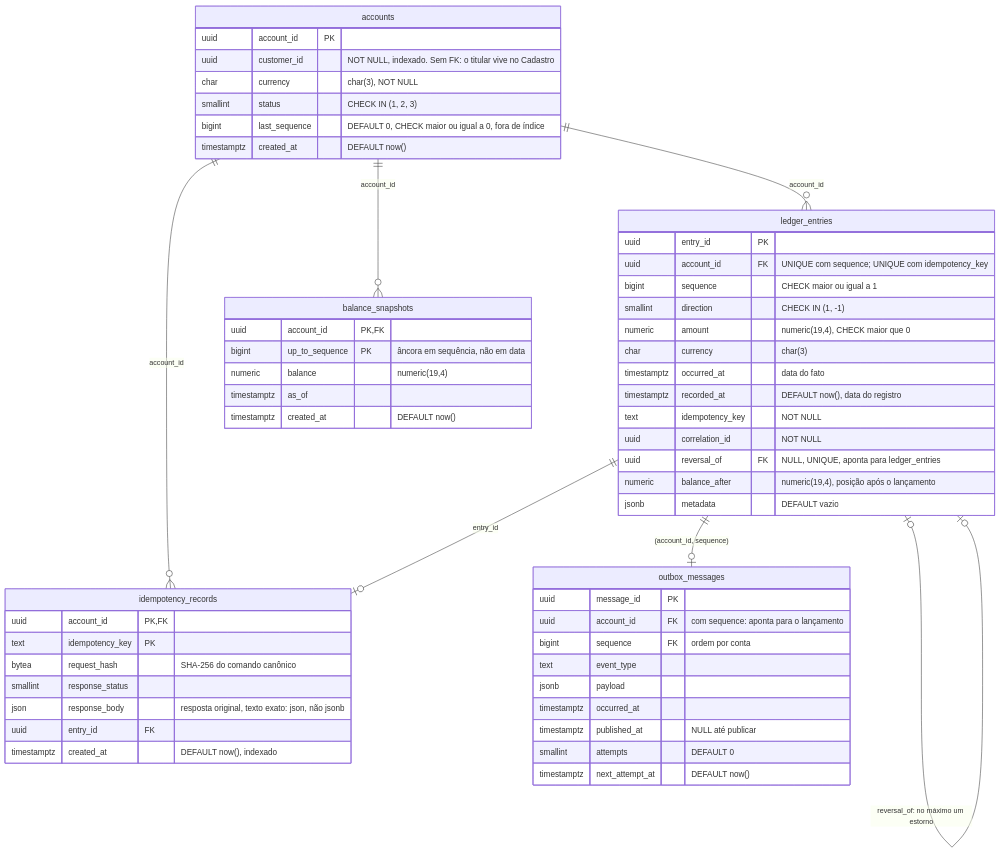
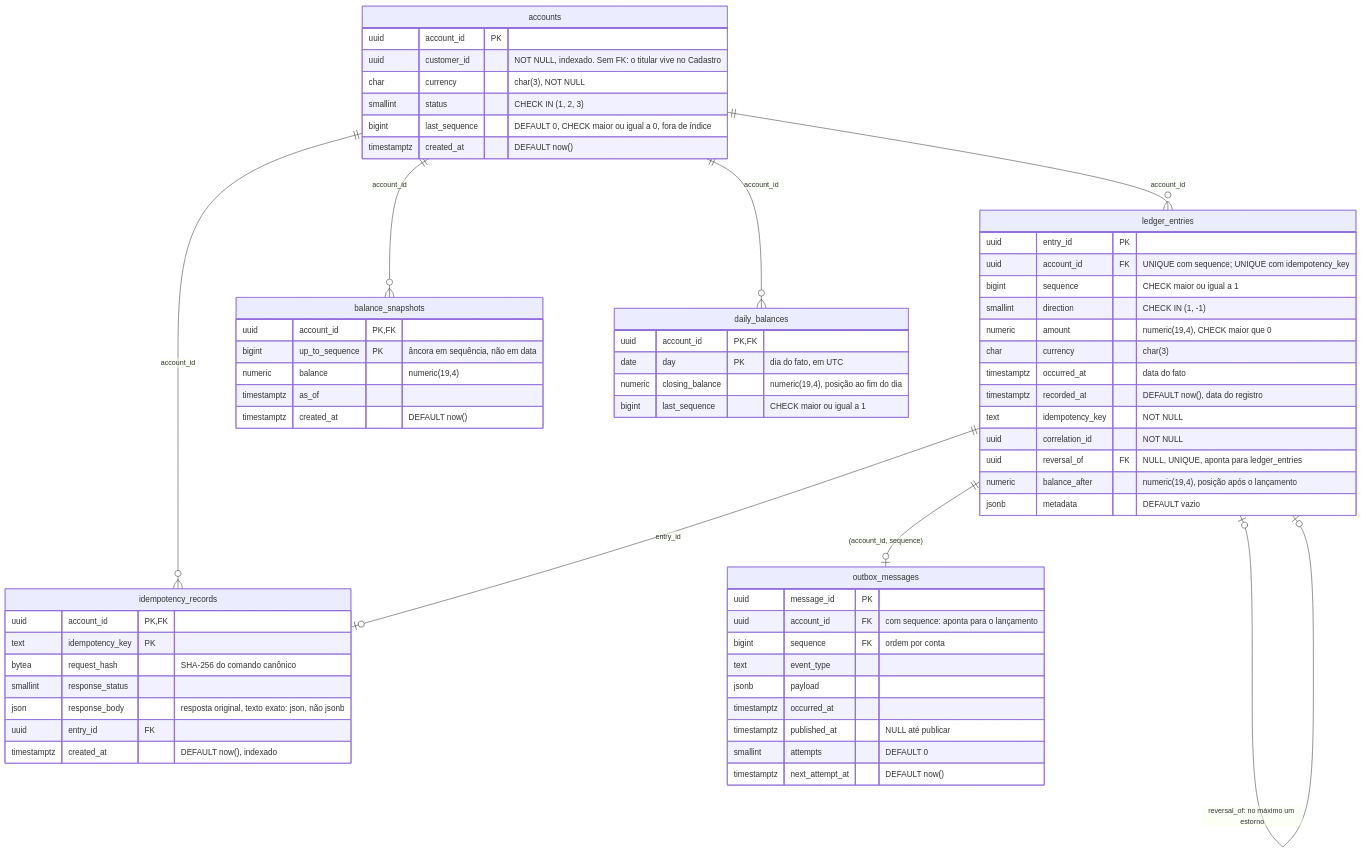
Before and after one commit to eduardojnet/PacioliBank: the diagram in docs/diagrams/ERD-esquema-ledger.md, drawn with Mermaid. The commit also changed other lines of this file and 9 other files, not shown here.

First line of the commit message:
docs: fechamento diario no ADR-0007, EF, ENF e diagramas (card 32)

````diff
--- a/docs/diagrams/ERD-esquema-ledger.md
+++ b/docs/diagrams/ERD-esquema-ledger.md
@@ -7,64 +7,72 @@
 ```mermaid
 erDiagram
     accounts ||--o{ ledger_entries : "account_id"
     accounts ||--o{ balance_snapshots : "account_id"
+    accounts ||--o{ daily_balances : "account_id"
     accounts ||--o{ idempotency_records : "account_id"
     ledger_entries ||--o| idempotency_records : "entry_id"
     ledger_entries |o--o| ledger_entries : "reversal_of: no máximo um estorno"
     ledger_entries ||--o| outbox_messages : "(account_id, sequence)"
 
     accounts {
         uuid account_id PK
         uuid customer_id "NOT NULL, indexado. Sem FK: o titular vive no Cadastro"
         char currency "char(3), NOT NULL"
         smallint status "CHECK IN (1, 2, 3)"
         bigint last_sequence "DEFAULT 0, CHECK maior ou igual a 0, fora de índice"
         timestamptz created_at "DEFAULT now()"
     }
 
     ledger_entries {
         uuid entry_id PK
         uuid account_id FK "UNIQUE com sequence; UNIQUE com idempotency_key"
         bigint sequence "CHECK maior ou igual a 1"
         smallint direction "CHECK IN (1, -1)"
         numeric amount "numeric(19,4), CHECK maior que 0"
         char currency "char(3)"
         timestamptz occurred_at "data do fato"
         timestamptz recorded_at "DEFAULT now(), data do registro"
         text idempotency_key "NOT NULL"
         uuid correlation_id "NOT NULL"
         uuid reversal_of FK "NULL, UNIQUE, aponta para ledger_entries"
         numeric balance_after "numeric(19,4), posição após o lançamento"
         jsonb metadata "DEFAULT vazio"
     }
 
     balance_snapshots {
         uuid account_id PK, FK
         bigint up_to_sequence PK "âncora em sequência, não em data"
         numeric balance "numeric(19,4)"
         timestamptz as_of
         timestamptz created_at "DEFAULT now()"
     }
 
+    daily_balances {
+        uuid account_id PK, FK
+        date day PK "dia do fato, em UTC"
+        numeric closing_balance "numeric(19,4), posição ao fim do dia"
+        bigint last_sequence "CHECK maior ou igual a 1"
+    }
+
     outbox_messages {
         uuid message_id PK
         uuid account_id FK "com sequence: aponta para o lançamento"
         bigint sequence FK "ordem por conta"
         text event_type
         jsonb payload
         timestamptz occurred_at
         timestamptz published_at "NULL até publicar"
         smallint attempts "DEFAULT 0"
         timestamptz next_attempt_at "DEFAULT now()"
     }
 
     idempotency_records {
         uuid account_id PK, FK
         text idempotency_key PK
         bytea request_hash "SHA-256 do comando canônico"
         smallint response_status
         json response_body "resposta original, texto exato: json, não jsonb"
         uuid entry_id FK
         timestamptz created_at "DEFAULT now(), indexado"
     }
 ```
````
